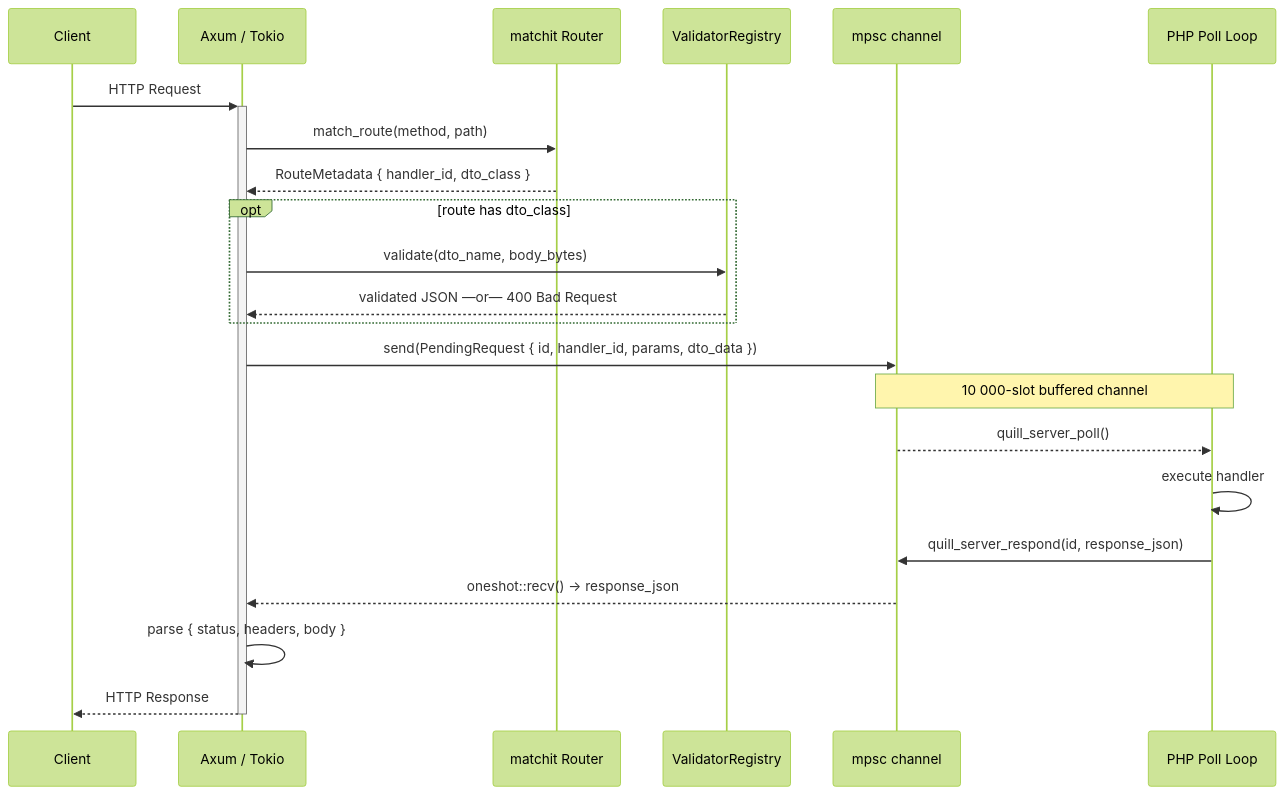
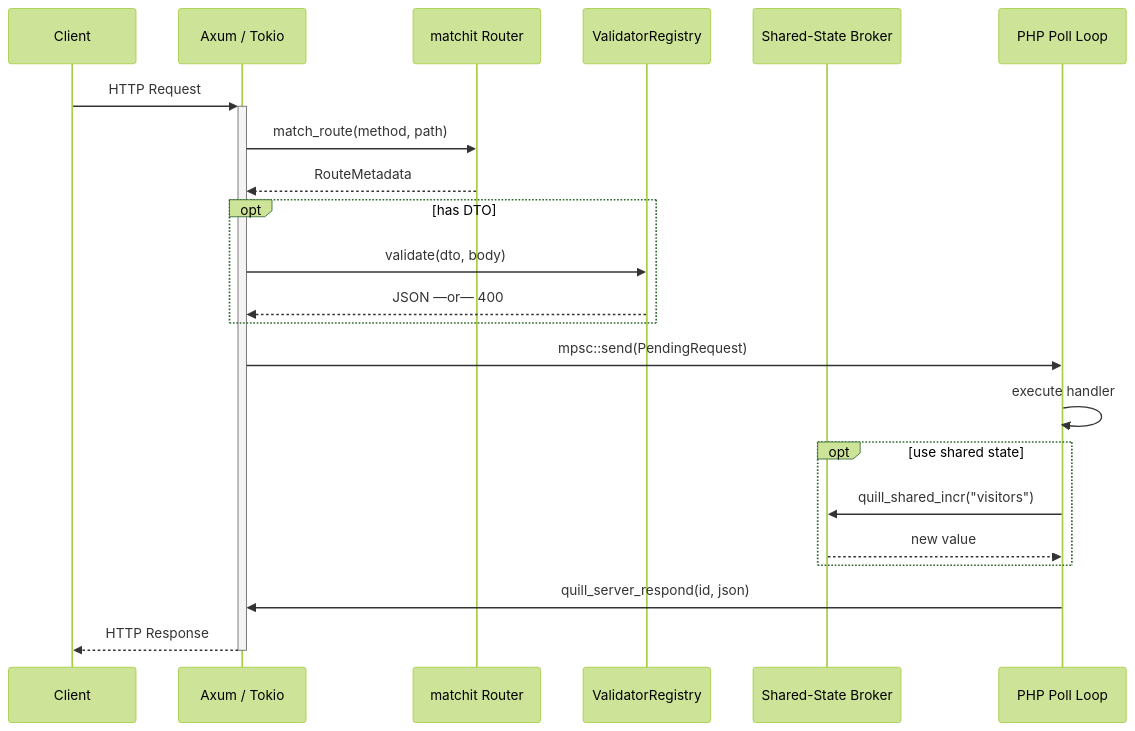
The second of 2 diagrams in README.md (quillphp/quill-core), drawn with Mermaid (forest theme) before and after one commit. The commit also changed other lines of this file and 7 other files, not shown here.

Commit message:
feat: introduce thread-safe state management, optimize validator with DashMap and sonic-rs, and add max_body_size to route metadata

````diff
--- a/README.md
+++ b/README.md
@@ -61,30 +62,29 @@
 ```mermaid
 sequenceDiagram
     participant C  as Client
     participant AX as Axum / Tokio
     participant RT as matchit Router
     participant VL as ValidatorRegistry
-    participant MP as mpsc channel
+    participant SSB as Shared-State Broker
     participant PHP as PHP Poll Loop
 
     C->>+AX: HTTP Request
+    AX->>RT: match_route(method, path)
+    RT-->>AX: RouteMetadata
 
-    AX->>RT: match_route(method, path)
-    RT-->>AX: RouteMetadata { handler_id, dto_class }
-
-    opt route has dto_class
-        AX->>VL: validate(dto_name, body_bytes)
-        VL-->>AX: validated JSON  —or—  400 Bad Request
+    opt has DTO
+        AX->>VL: validate(dto, body)
+        VL-->>AX: JSON  —or—  400
     end
 
-    AX->>MP: send(PendingRequest { id, handler_id, params, dto_data })
-    Note over MP,PHP: 10 000-slot buffered channel
+    AX->>PHP: mpsc::send(PendingRequest)
+    PHP->>PHP: execute handler
+    
+    opt use shared state
+        PHP->>SSB: quill_shared_incr("visitors")
+        SSB-->>PHP: new value
+    end
 
-    MP-->>PHP: quill_server_poll()
-    PHP->>PHP: execute handler
-    PHP->>MP: quill_server_respond(id, response_json)
-
-    MP-->>AX: oneshot::recv() → response_json
-    AX->>AX: parse { status, headers, body }
+    PHP->>AX: quill_server_respond(id, json)
     AX-->>-C: HTTP Response
 ```
````
